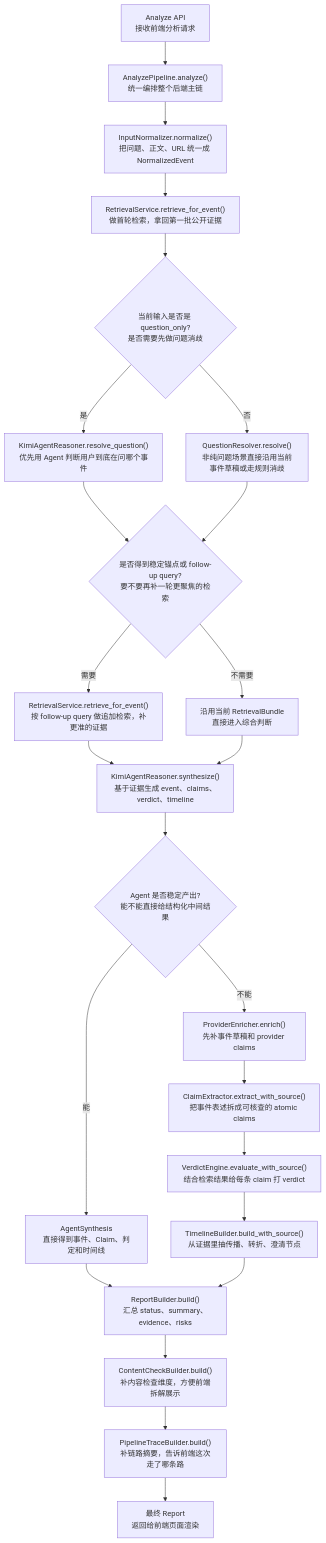
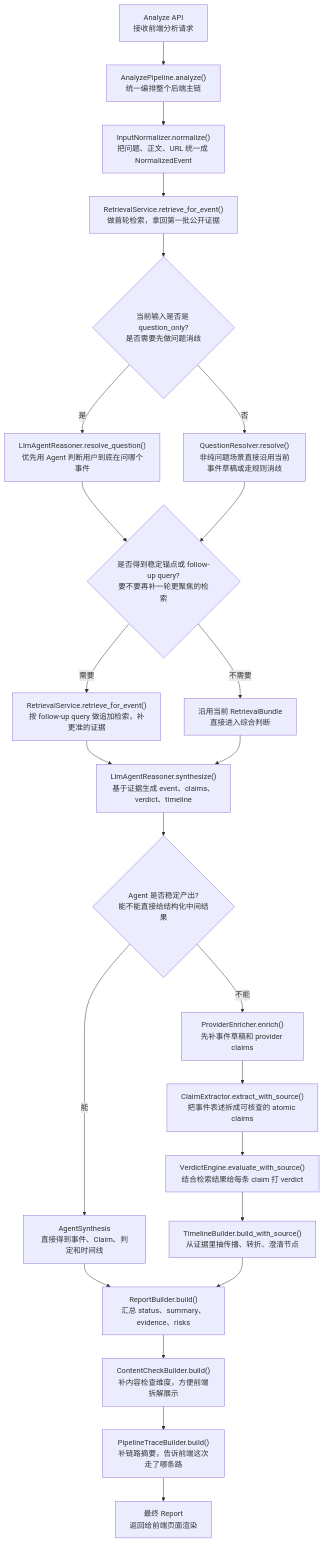
The fifth of 8 diagrams in docs/question-analysis-end-to-end-flow.md (forwaryan/rumor-checking), drawn with Mermaid before and after one commit. The commit also changed other lines of this file and 5 other files, not shown here.

````diff
--- a/docs/question-analysis-end-to-end-flow.md
+++ b/docs/question-analysis-end-to-end-flow.md
@@ -350,34 +349,34 @@
 ```mermaid
 flowchart TD
     A["Analyze API<br/>接收前端分析请求"] --> B["AnalyzePipeline.analyze()<br/>统一编排整个后端主链"]
     B --> C["InputNormalizer.normalize()<br/>把问题、正文、URL 统一成 NormalizedEvent"]
     C --> D["RetrievalService.retrieve_for_event()<br/>做首轮检索，拿回第一批公开证据"]
     D --> E{"当前输入是否是 question_only?<br/>是否需要先做问题消歧"}
 
-    E -->|是| F["KimiAgentReasoner.resolve_question()<br/>优先用 Agent 判断用户到底在问哪个事件"]
+    E -->|是| F["LlmAgentReasoner.resolve_question()<br/>优先用 Agent 判断用户到底在问哪个事件"]
     E -->|否| G["QuestionResolver.resolve()<br/>非纯问题场景直接沿用当前事件草稿或走规则消歧"]
 
     F --> H{"是否得到稳定锚点或 follow-up query?<br/>要不要再补一轮更聚焦的检索"}
     G --> H
 
     H -->|需要| I["RetrievalService.retrieve_for_event()<br/>按 follow-up query 做追加检索，补更准的证据"]
     H -->|不需要| J["沿用当前 RetrievalBundle<br/>直接进入综合判断"]
 
-    I --> K["KimiAgentReasoner.synthesize()<br/>基于证据生成 event、claims、verdict、timeline"]
+    I --> K["LlmAgentReasoner.synthesize()<br/>基于证据生成 event、claims、verdict、timeline"]
     J --> K
 
     K --> L{"Agent 是否稳定产出?<br/>能不能直接给结构化中间结果"}
     L -->|能| M["AgentSynthesis<br/>直接得到事件、Claim、判定和时间线"]
     L -->|不能| N["ProviderEnricher.enrich()<br/>先补事件草稿和 provider claims"]
 
     N --> O["ClaimExtractor.extract_with_source()<br/>把事件表述拆成可核查的 atomic claims"]
     O --> P["VerdictEngine.evaluate_with_source()<br/>结合检索结果给每条 claim 打 verdict"]
     P --> Q["TimelineBuilder.build_with_source()<br/>从证据里抽传播、转折、澄清节点"]
 
     M --> R["ReportBuilder.build()<br/>汇总 status、summary、evidence、risks"]
     Q --> R
 
     R --> S["ContentCheckBuilder.build()<br/>补内容检查维度，方便前端拆解展示"]
     S --> T["PipelineTraceBuilder.build()<br/>补链路摘要，告诉前端这次走了哪条路"]
     T --> U["最终 Report<br/>返回给前端页面渲染"]
 ```
````
